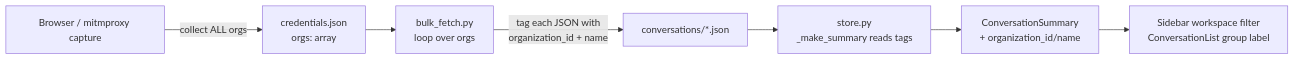
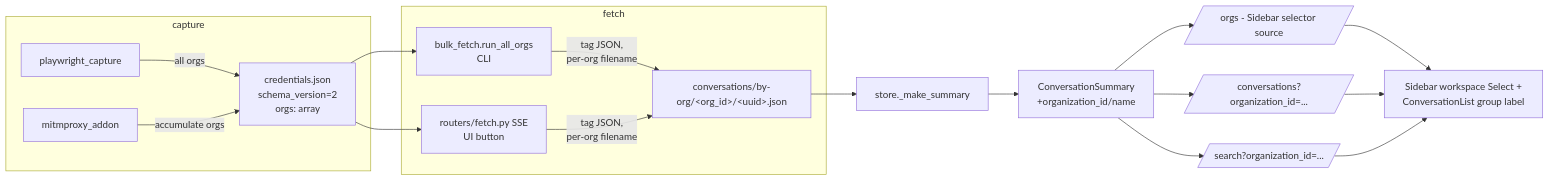
Before and after one commit to lokkju/claude-explorer: the diagram in PLANS/cowork-multi-org.md, drawn with Mermaid. The commit also changed other lines of this file, not shown here.

First line of the commit message:
Refine cowork-multi-org plan with LLM Council fixes

````diff
--- a/PLANS/cowork-multi-org.md
+++ b/PLANS/cowork-multi-org.md
@@ -16,9 +18,21 @@
 ```mermaid
 flowchart LR
-    A[Browser / mitmproxy capture] -->|collect ALL orgs| B[credentials.json<br/>orgs: array]
-    B --> C[bulk_fetch.py<br/>loop over orgs]
-    C -->|tag each JSON with<br/>organization_id + name| D[conversations/*.json]
-    D --> E[store.py<br/>_make_summary reads tags]
-    E --> F[ConversationSummary<br/>+ organization_id/name]
-    F --> G[Sidebar workspace filter<br/>ConversationList group label]
+    subgraph capture
+      A1[playwright_capture] -->|all orgs| C[credentials.json<br/>schema_version=2<br/>orgs: array]
+      A2[mitmproxy_addon] -->|accumulate orgs| C
+    end
+    subgraph fetch
+      C --> F1[bulk_fetch.run_all_orgs<br/>CLI]
+      C --> F2[routers/fetch.py SSE<br/>UI button]
+      F1 -->|tag JSON,<br/>per-org filename| D[conversations/by-org/&lt;org_id&gt;/&lt;uuid&gt;.json]
+      F2 -->|tag JSON,<br/>per-org filename| D
+    end
+    D --> S[store._make_summary]
+    S --> M[ConversationSummary<br/>+organization_id/name]
+    M --> R0[/orgs - Sidebar selector source/]
+    M --> R1[/conversations?organization_id=.../]
+    M --> R2[/search?organization_id=.../]
+    R0 --> U[Sidebar workspace Select +<br/>ConversationList group label]
+    R1 --> U
+    R2 --> U
 ```
````
